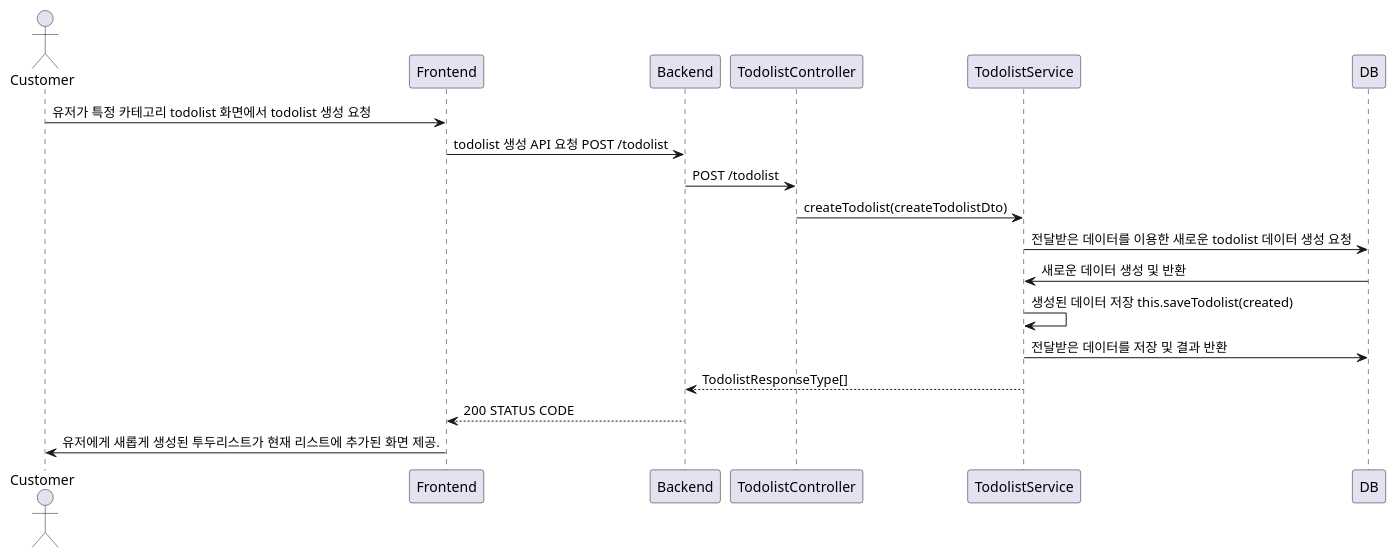
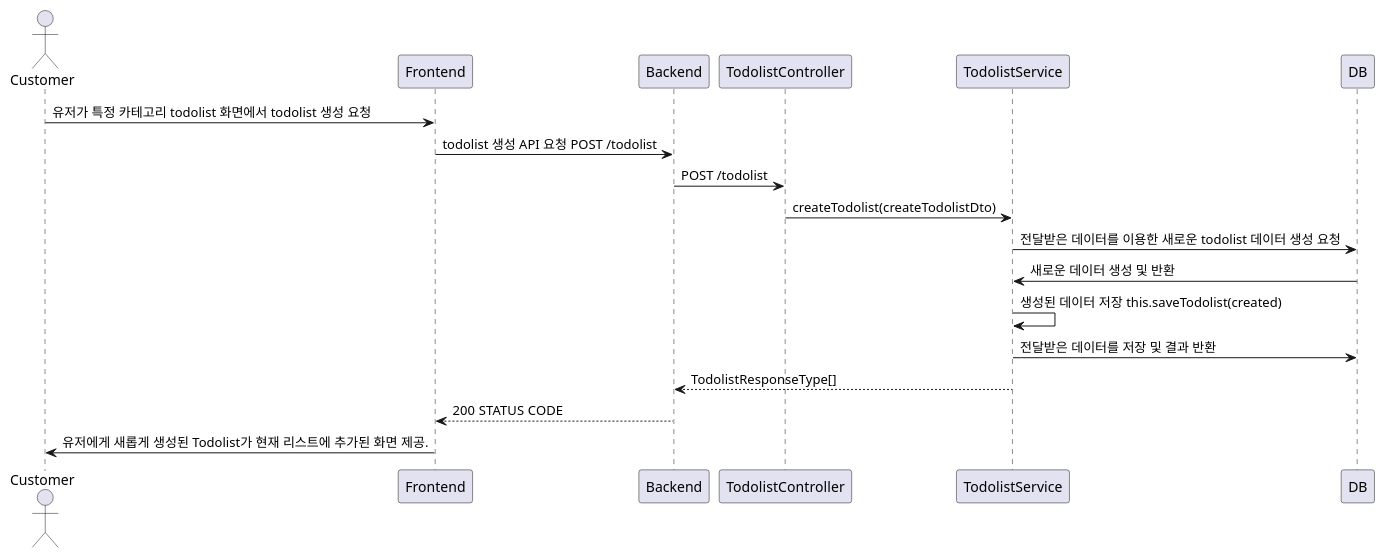
One commit to VVSOGI/todolist-remake changed the diagram in server/docs/todolist/todolist.post.md. Above: the diagram before and after it, drawn with PlantUML. The commit also changed other lines of this file, not shown here.

````diff
--- a/server/docs/todolist/todolist.post.md
+++ b/server/docs/todolist/todolist.post.md
@@ -24,16 +24,16 @@
 ```plantuml
 @startuml
 actor Customer
 Customer -> Frontend: 유저가 특정 카테고리 todolist 화면에서 todolist 생성 요청
     Frontend -> Backend: todolist 생성 API 요청 POST /todolist
         Backend -> TodolistController: POST /todolist
             TodolistController -> TodolistService: createTodolist(createTodolistDto)
                 TodolistService -> DB: 전달받은 데이터를 이용한 새로운 todolist 데이터 생성 요청
                 DB -> TodolistService: 새로운 데이터 생성 및 반환
                 TodolistService -> TodolistService: 생성된 데이터 저장 this.saveTodolist(created)
                 TodolistService -> DB: 전달받은 데이터를 저장 및 결과 반환
             Backend <-- TodolistService: TodolistResponseType[]
     Frontend <-- Backend: 200 STATUS CODE
-Customer <- Frontend: 유저에게 새롭게 생성된 투두리스트가 현재 리스트에 추가된 화면 제공.
+Customer <- Frontend: 유저에게 새롭게 생성된 Todolist가 현재 리스트에 추가된 화면 제공.
 @enduml
 ```
````
